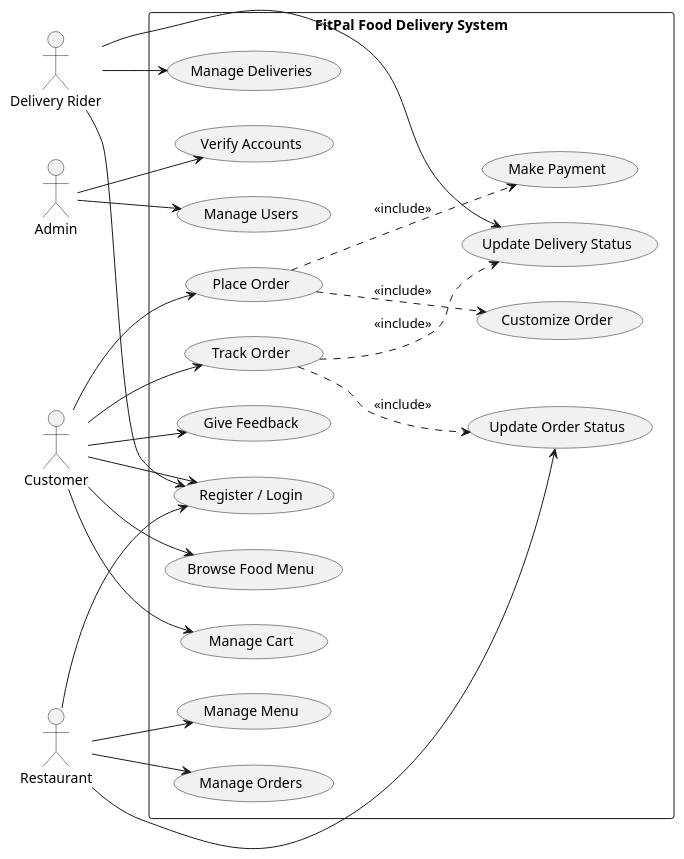
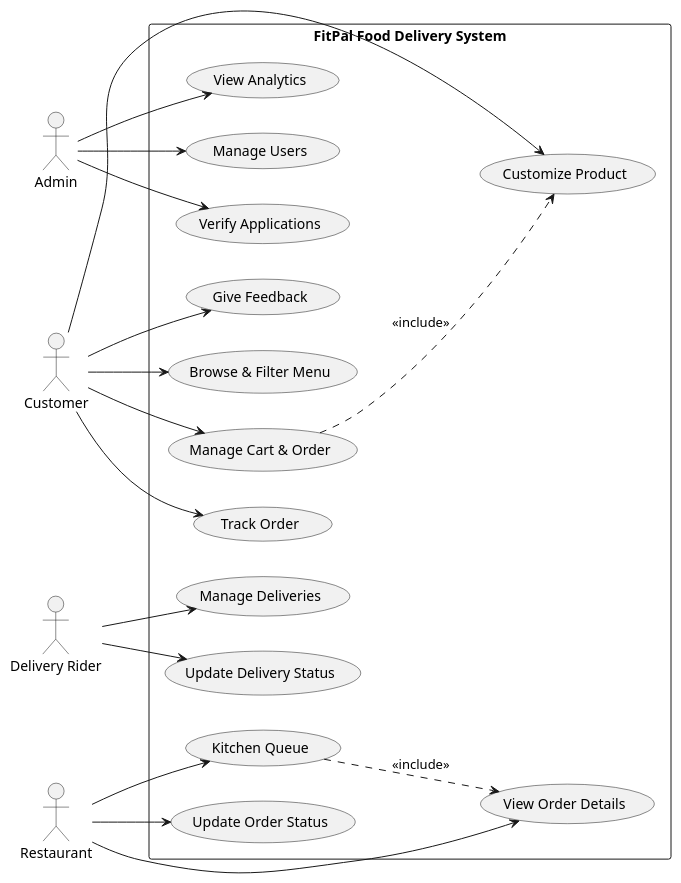
One commit to iamneoubie/fitpal changed the diagram in logs/diagram/use-case.puml. Above: the diagram before and after it, drawn with PlantUML. The commit also changed 70 other files, not shown here.

```diff
--- a/logs/diagram/use-case.puml
+++ b/logs/diagram/use-case.puml
@@ -1,55 +1,49 @@
 @startuml
 left to right direction
 
 actor Customer
 actor Restaurant
 actor "Delivery Rider" as Rider
 actor Admin
 
 rectangle "FitPal Food Delivery System" {
 
-  usecase "Register / Login" as UC1
-  usecase "Browse Food Menu" as UC2
-  usecase "Manage Cart" as UC3
-  usecase "Place Order" as UC4
-  usecase "Customize Order" as UC5
-  usecase "Make Payment" as UC6
-  usecase "Track Order" as UC7
-  usecase "Give Feedback" as UC8
+  usecase "Browse & Filter Menu" as UC1
+  usecase "Manage Cart & Order" as UC2
+  usecase "Customize Product" as UC3
+  usecase "Track Order" as UC4
+  usecase "Give Feedback" as UC5
 
-  usecase "Manage Menu" as UC9
-  usecase "Manage Orders" as UC10
-  usecase "Update Order Status" as UC11
+  usecase "Kitchen Queue" as UC6
+  usecase "View Order Details" as UC7
+  usecase "Update Order Status" as UC8
 
-  usecase "Manage Deliveries" as UC12
-  usecase "Update Delivery Status" as UC13
+  usecase "Manage Deliveries" as UC9
+  usecase "Update Delivery Status" as UC10
 
-  usecase "Manage Users" as UC14
-  usecase "Verify Accounts" as UC15
+  usecase "Manage Users" as UC11
+  usecase "Verify Applications" as UC12
+  usecase "View Analytics" as UC13
 }
 
 Customer --> UC1
 Customer --> UC2
 Customer --> UC3
 Customer --> UC4
-Customer --> UC7
-Customer --> UC8
+Customer --> UC5
 
-Restaurant --> UC1
-Restaurant --> UC9
-Restaurant --> UC10
-Restaurant --> UC11
+Restaurant --> UC6
+Restaurant --> UC7
+Restaurant --> UC8
 
-Rider --> UC1
-Rider --> UC12
-Rider --> UC13
+Rider --> UC9
+Rider --> UC10
 
-Admin --> UC14
-Admin --> UC15
+Admin --> UC11
+Admin --> UC12
+Admin --> UC13
 
-UC4 ..> UC5 : <<include>>
-UC4 ..> UC6 : <<include>>
-UC7 ..> UC11 : <<include>>
-UC7 ..> UC13 : <<include>>
+UC2 ..> UC3 : <<include>>
+UC6 ..> UC7 : <<include>>
 
 @enduml
```
